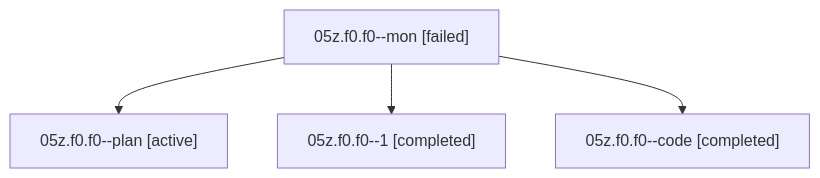
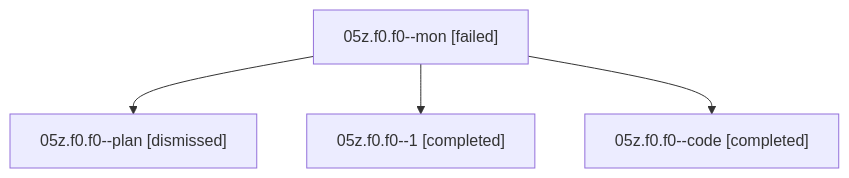
Before and after one commit to sase-org/sase--agents: the diagram in sessions/bbugyi200.athena.05z.f0.f0.md, drawn with Mermaid. The commit also changed other lines of this file and 41 other files, not shown here.

````diff
--- a/sessions/bbugyi200.athena.05z.f0.f0.md
+++ b/sessions/bbugyi200.athena.05z.f0.f0.md
@@ -9,10 +9,10 @@
 ```mermaid
 flowchart TD
   n0["05z.f0.f0--mon [failed]"]
-  n1["05z.f0.f0--plan [active]"]
+  n1["05z.f0.f0--plan [dismissed]"]
   n0 --> n1
   n2["05z.f0.f0--1 [completed]"]
   n0 --> n2
   n3["05z.f0.f0--code [completed]"]
   n0 --> n3
 ```
````
